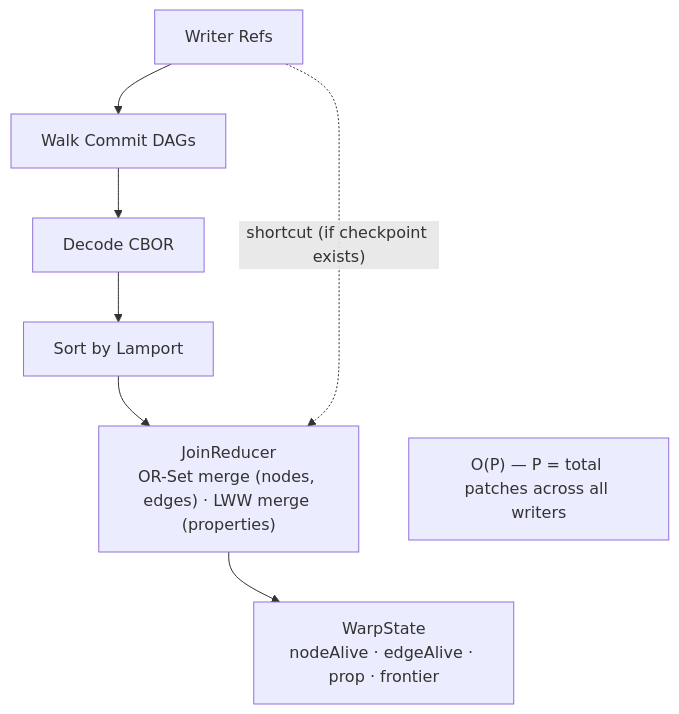
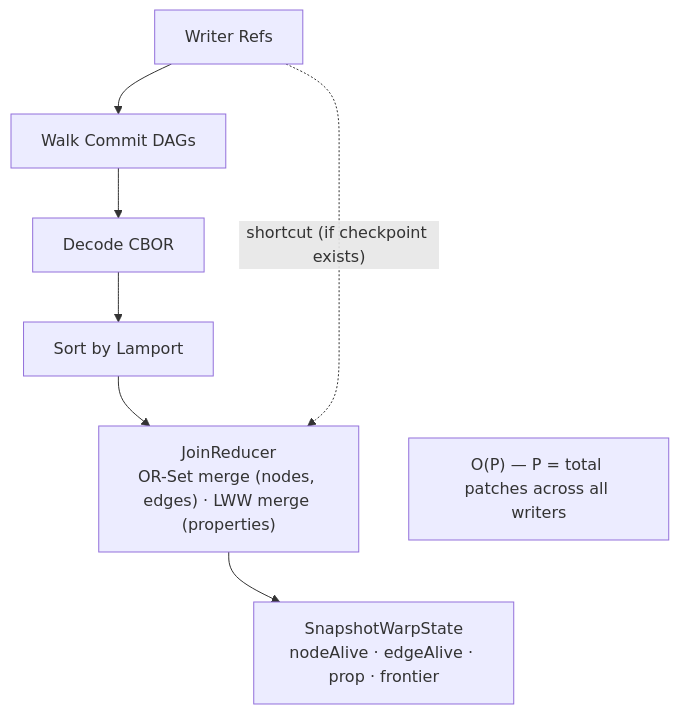
The second of 8 diagrams in docs/API_REFERENCE.md (git-stunts/git-warp), drawn with Mermaid before and after one commit. The commit also changed other lines of this file and 11 other files, not shown here.

````diff
--- a/docs/API_REFERENCE.md
+++ b/docs/API_REFERENCE.md
@@ -427,12 +427,12 @@
 ```mermaid
 flowchart TB
     refs["Writer Refs"] --> walk["Walk Commit DAGs"]
     walk --> decode["Decode CBOR"]
     decode --> sort["Sort by Lamport"]
     sort --> reducer["JoinReducer<br/>OR-Set merge (nodes, edges) · LWW merge (properties)"]
-    reducer --> state["WarpState<br/>nodeAlive · edgeAlive · prop · frontier"]
+    reducer --> state["SnapshotWarpState<br/>nodeAlive · edgeAlive · prop · frontier"]
 
     refs -.->|"shortcut (if checkpoint exists)"| reducer
 
     complexity["O(P) — P = total patches across all writers"] ~~~ state
 ```
````
